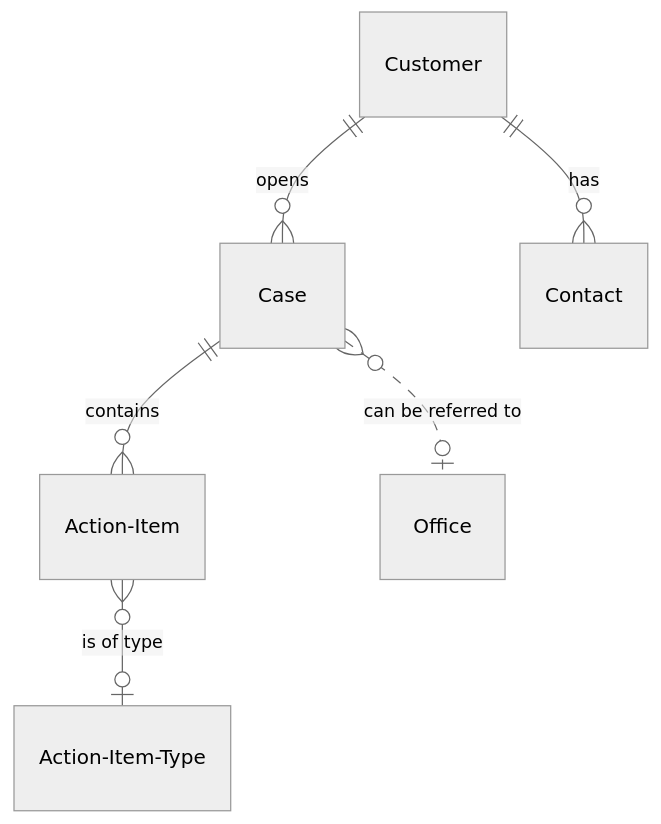
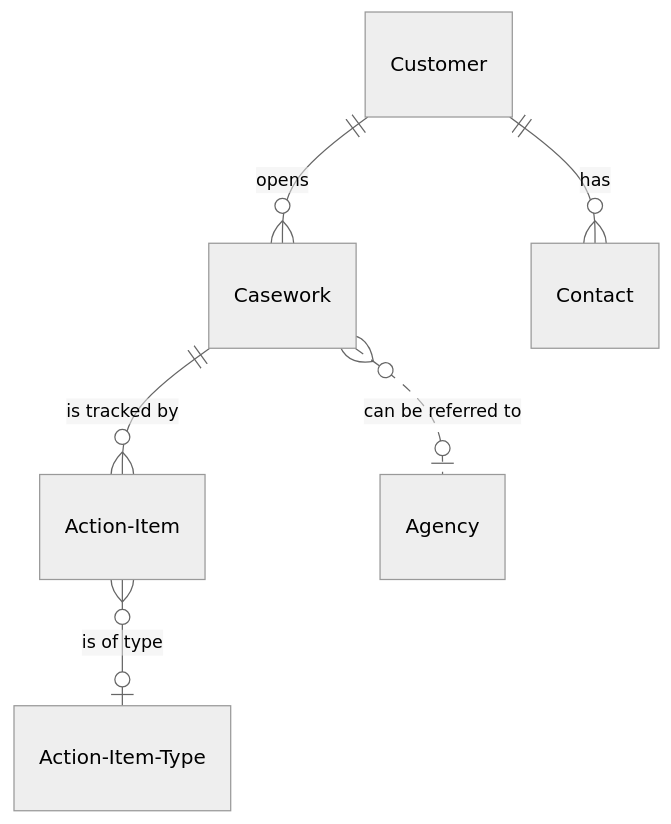
The diagram in docs/Entity relationship diagram.md (gaepdit/sbeap), drawn with Mermaid (neutral theme) before and after one commit. The commit also changed 90 other files, not shown here.

````diff
--- a/docs/Entity relationship diagram.md
+++ b/docs/Entity relationship diagram.md
@@ -3,9 +3,9 @@
 ```mermaid
 erDiagram
 
-Customer    ||--o{ Case             : "opens"
-Case        ||--o{ Action-Item      : "contains"
+Customer    ||--o{ Casework         : "opens"
+Casework    ||--o{ Action-Item      : "is tracked by"
 Customer    ||--o{ Contact          : "has"
-Case        }o..o| Office           : "can be referred to"
+Casework    }o..o| Agency           : "can be referred to"
 Action-Item }o--o| Action-Item-Type : "is of type"
 ```
````
